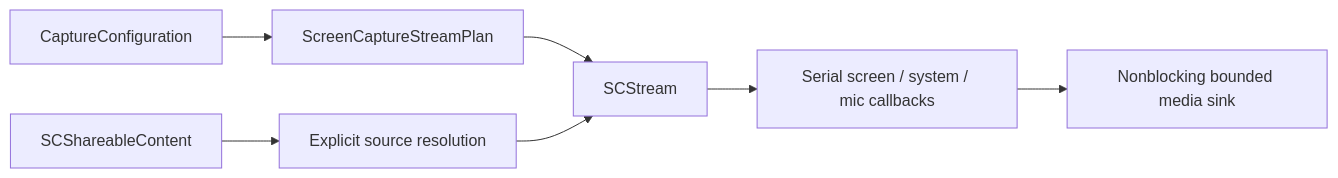
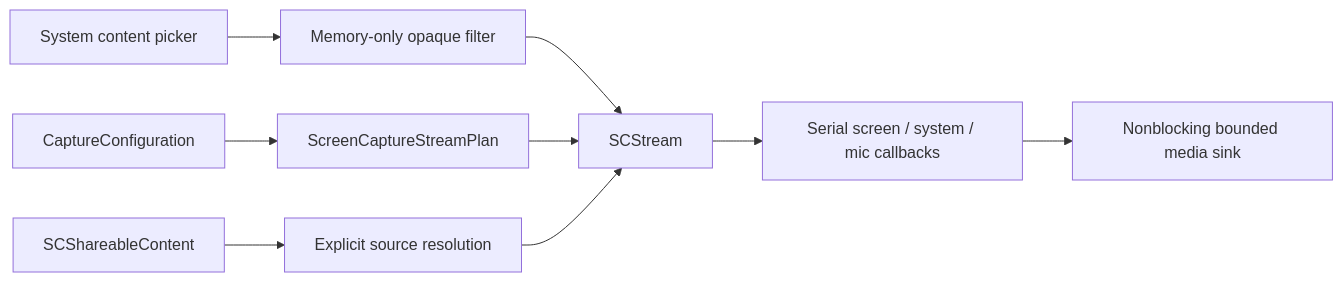
Before and after one commit to aindaco1/record: the diagram in docs/capture/screencapturekit.md, drawn with Mermaid. The commit also changed other lines of this file and 48 other files, not shown here.

````diff
--- a/docs/capture/screencapturekit.md
+++ b/docs/capture/screencapturekit.md
@@ -7,9 +7,11 @@
 ```mermaid
 flowchart LR
+    Picker["System content picker"] --> Selection["Memory-only opaque filter"]
     Config["CaptureConfiguration"] --> Plan["ScreenCaptureStreamPlan"]
     Catalog["SCShareableContent"] --> Resolve["Explicit source resolution"]
+    Selection --> Stream
     Plan --> Stream["SCStream"]
     Resolve --> Stream
     Stream --> Router["Serial screen / system / mic callbacks"]
     Router --> Sink["Nonblocking bounded media sink"]
 ```
````
